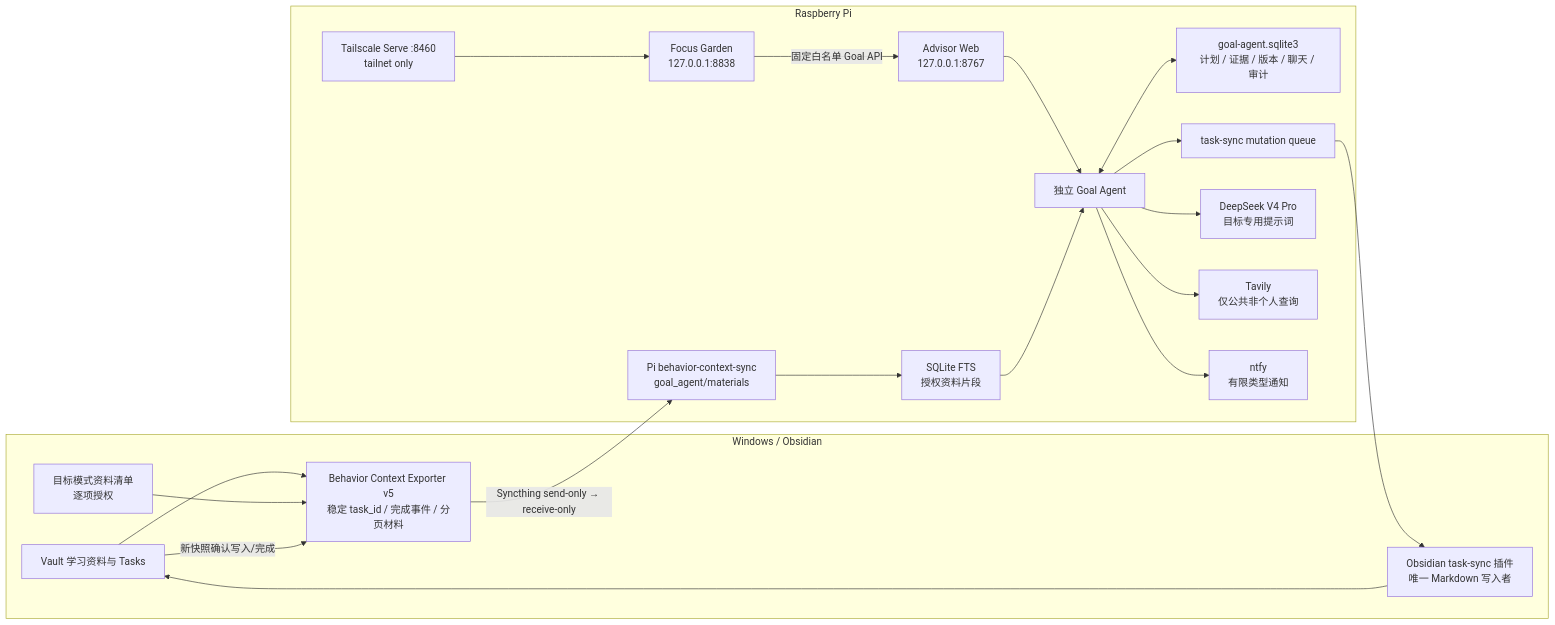
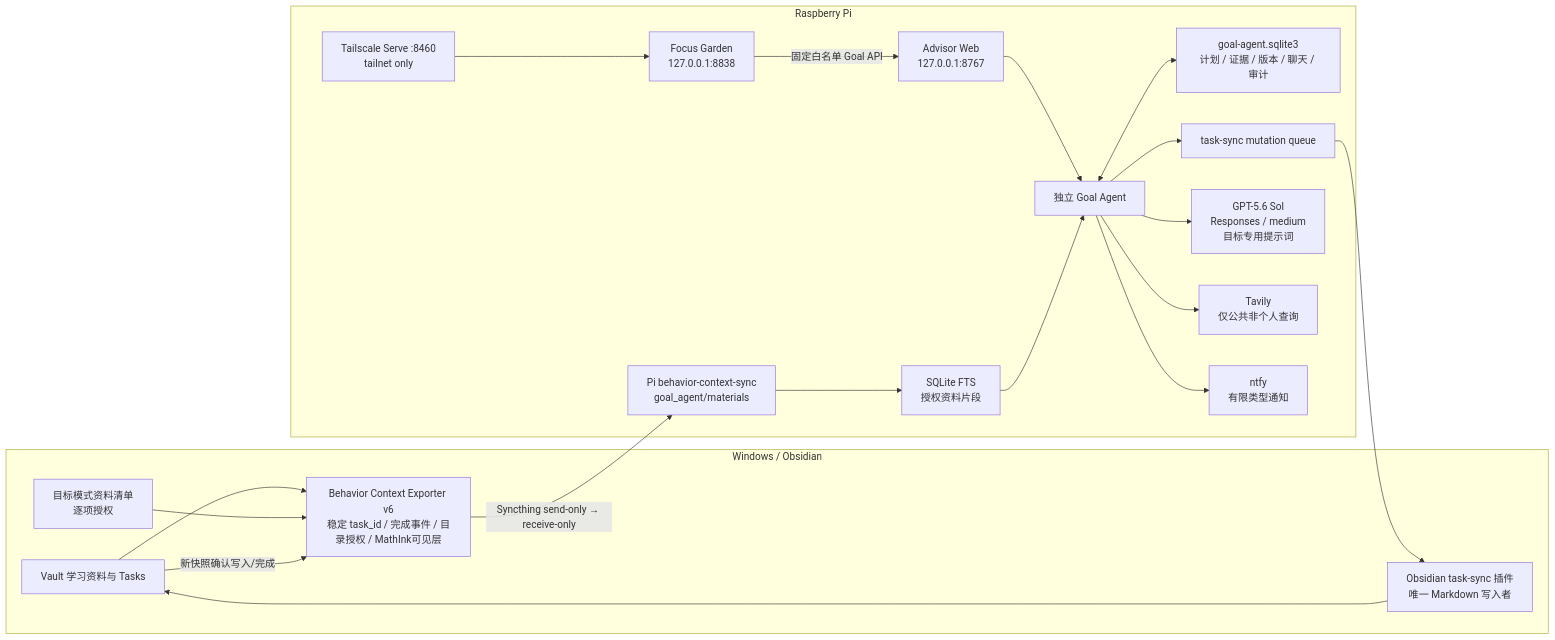
The first of 4 diagrams in content/非笔记内容/工作流程与系统运维/计划模式/01-整体架构与数据流.md (kzpeng565-netizen/my-math-blog), drawn with Mermaid before and after one commit. The commit also changed other lines of this file and 13 other files, not shown here.

````diff
--- a/content/非笔记内容/工作流程与系统运维/计划模式/01-整体架构与数据流.md
+++ b/content/非笔记内容/工作流程与系统运维/计划模式/01-整体架构与数据流.md
@@ -7,39 +7,39 @@
 ```mermaid
 flowchart LR
   subgraph W["Windows / Obsidian"]
     V["Vault 学习资料与 Tasks"]
     M["目标模式资料清单\n逐项授权"]
-    E["Behavior Context Exporter v5\n稳定 task_id / 完成事件 / 分页材料"]
+    E["Behavior Context Exporter v6\n稳定 task_id / 完成事件 / 目录授权 / MathInk可见层"]
     P["Obsidian task-sync 插件\n唯一 Markdown 写入者"]
     V --> E
     M --> E
     P --> V
   end
 
   E -->|"Syncthing send-only → receive-only"| B["Pi behavior-context-sync\ngoal_agent/materials"]
 
   subgraph PI["Raspberry Pi"]
     TS["Tailscale Serve :8460\ntailnet only"]
     G["Focus Garden\n127.0.0.1:8838"]
     WAPI["Advisor Web\n127.0.0.1:8767"]
     GA["独立 Goal Agent"]
     DB["goal-agent.sqlite3\n计划 / 证据 / 版本 / 聊天 / 审计"]
     FTS["SQLite FTS\n授权资料片段"]
     TQ["task-sync mutation queue"]
-    DS["DeepSeek V4 Pro\n目标专用提示词"]
+    GM["GPT-5.6 Sol\nResponses / medium\n目标专用提示词"]
     TV["Tavily\n仅公共非个人查询"]
     NT["ntfy\n有限类型通知"]
 
     TS --> G
     G -->|"固定白名单 Goal API"| WAPI
     WAPI --> GA
     GA <--> DB
     B --> FTS --> GA
     GA --> TQ --> P
-    GA --> DS
+    GA --> GM
     GA --> TV
     GA --> NT
   end
 
   V -->|"新快照确认写入/完成"| E
 ```
````
